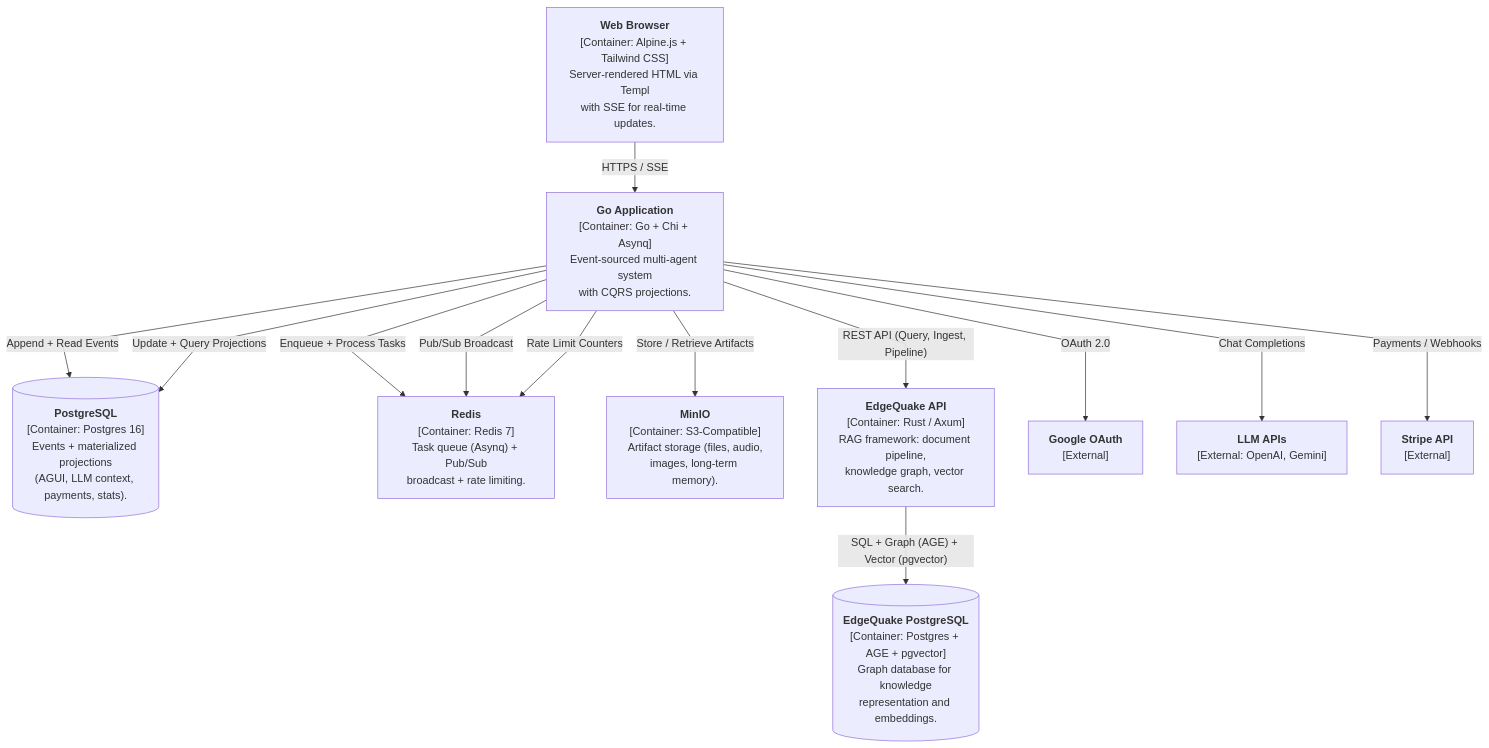
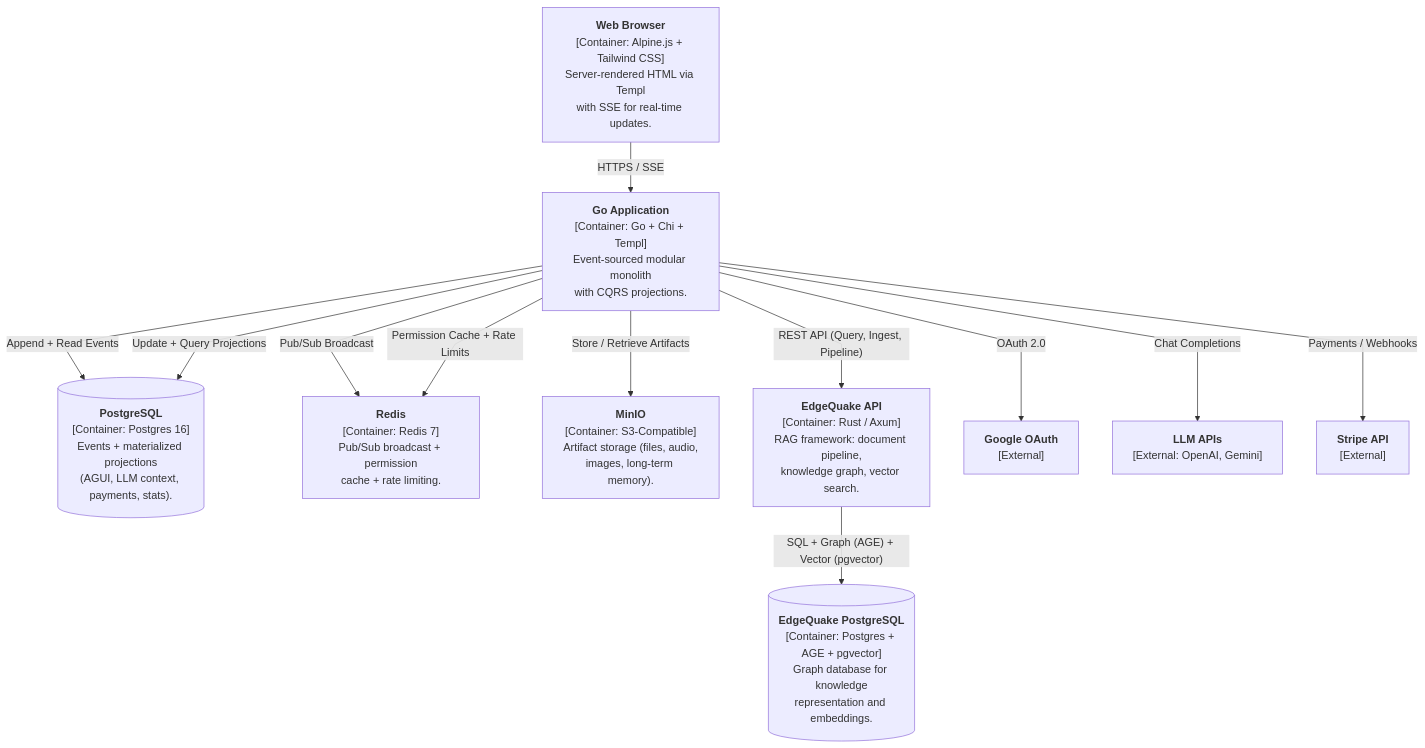
Before and after one commit to MKAPersonalOrganization/AgenticWorkflowPlatform: the second of 3 diagrams in README.md, drawn with Mermaid. The commit also changed other lines of this file and 13 other files, not shown here.

````diff
--- a/README.md
+++ b/README.md
@@ -36,34 +36,33 @@
 ```mermaid
 %%{init: {'flowchart': {'curve': 'linear'}}}%%
 graph TB
     Browser["<b>Web Browser</b><br/>[Container: Alpine.js + Tailwind CSS]<br/>Server-rendered HTML via Templ<br/>with SSE for real-time updates."]
 
-    GoApp["<b>Go Application</b><br/>[Container: Go + Chi + Asynq]<br/>Event-sourced multi-agent system<br/>with CQRS projections."]
+    GoApp["<b>Go Application</b><br/>[Container: Go + Chi + Templ]<br/>Event-sourced modular monolith<br/>with CQRS projections."]
 
     AppPostgres[("<b>PostgreSQL</b><br/>[Container: Postgres 16]<br/>Events + materialized projections<br/>(AGUI, LLM context, payments, stats).")]
 
-    Redis["<b>Redis</b><br/>[Container: Redis 7]<br/>Task queue (Asynq) + Pub/Sub<br/>broadcast + rate limiting."]
+    Redis["<b>Redis</b><br/>[Container: Redis 7]<br/>Pub/Sub broadcast + permission<br/>cache + rate limiting."]
 
     MinIO["<b>MinIO</b><br/>[Container: S3-Compatible]<br/>Artifact storage (files, audio,<br/>images, long-term memory)."]
 
     EdgeQuakeAPI["<b>EdgeQuake API</b><br/>[Container: Rust / Axum]<br/>RAG framework: document pipeline,<br/>knowledge graph, vector search."]
 
     EdgeQuakeDB[("<b>EdgeQuake PostgreSQL</b><br/>[Container: Postgres + AGE + pgvector]<br/>Graph database for knowledge<br/>representation and embeddings.")]
 
     GoogleOAuth["<b>Google OAuth</b><br/>[External]"]
     LLMAPIs["<b>LLM APIs</b><br/>[External: OpenAI, Gemini]"]
     Stripe["<b>Stripe API</b><br/>[External]"]
 
     Browser -->|"HTTPS / SSE"| GoApp
     GoApp -->|"Append + Read Events"| AppPostgres
     GoApp -->|"Update + Query Projections"| AppPostgres
-    GoApp -->|"Enqueue + Process Tasks"| Redis
     GoApp -->|"Pub/Sub Broadcast"| Redis
-    GoApp -->|"Rate Limit Counters"| Redis
+    GoApp -->|"Permission Cache + Rate Limits"| Redis
     GoApp -->|"Store / Retrieve Artifacts"| MinIO
     GoApp -->|"REST API (Query, Ingest, Pipeline)"| EdgeQuakeAPI
     GoApp -->|"OAuth 2.0"| GoogleOAuth
     GoApp -->|"Chat Completions"| LLMAPIs
     GoApp -->|"Payments / Webhooks"| Stripe
     EdgeQuakeAPI -->|"SQL + Graph (AGE) + Vector (pgvector)"| EdgeQuakeDB
 ```
````
